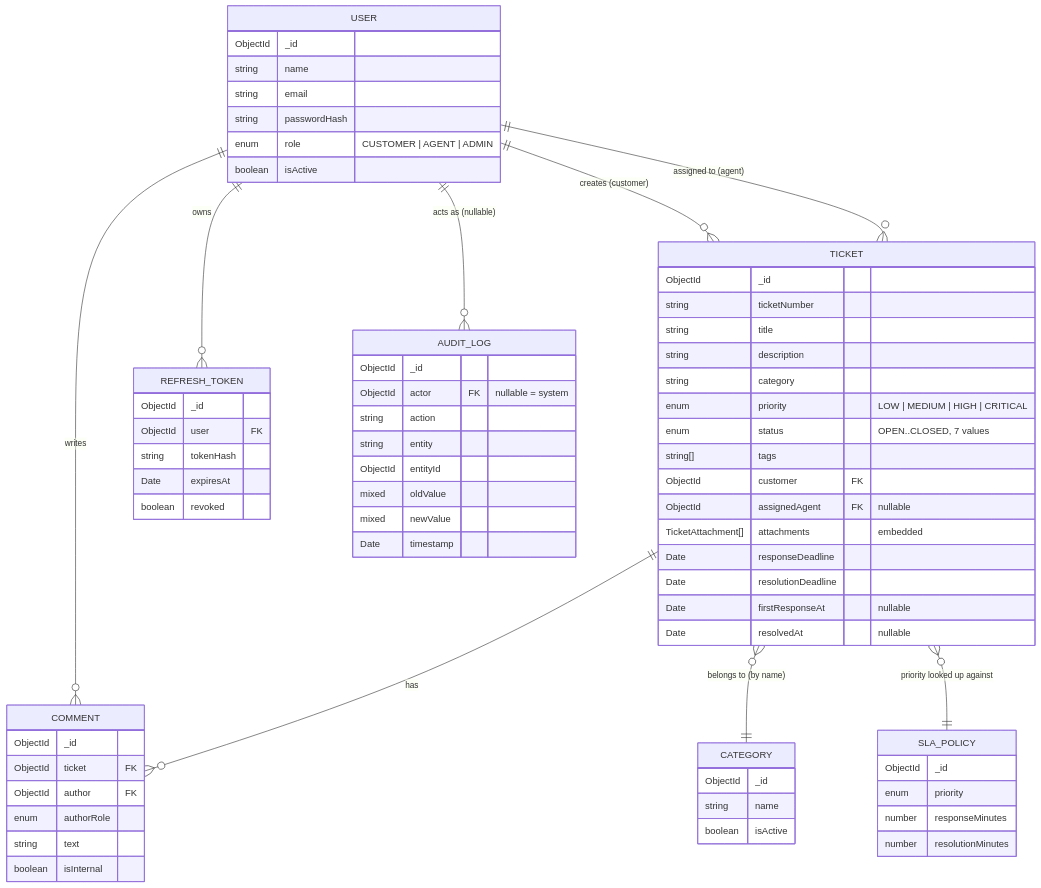
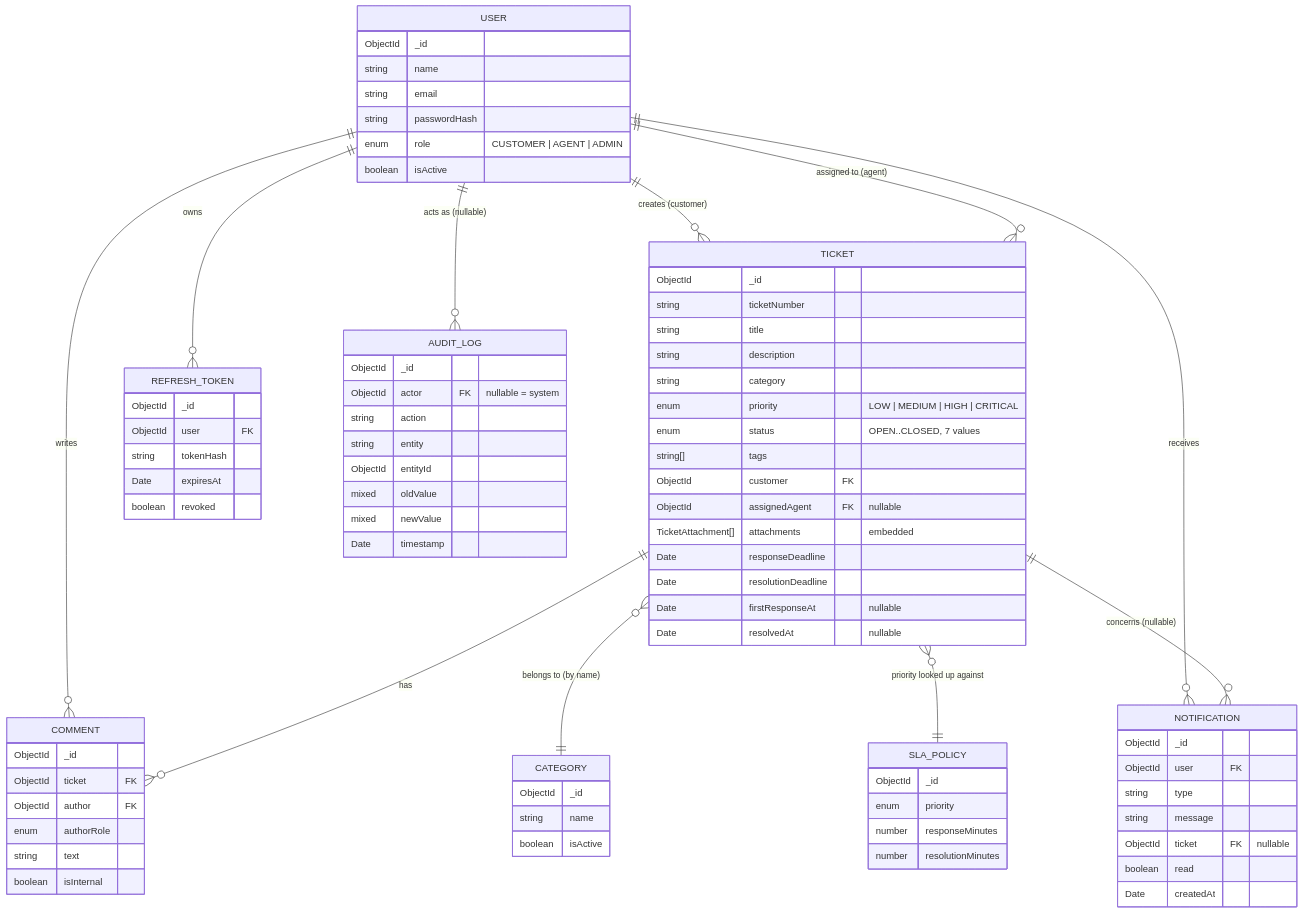
One commit to mahmadr10/servicedesk changed the third of 10 diagrams in ARCHITECTURE.md. Above: the diagram before and after it, drawn with Mermaid. The commit also changed other lines of this file and 28 other files, not shown here.

```diff
--- a/ARCHITECTURE.md
+++ b/ARCHITECTURE.md
@@ -85,6 +85,8 @@
     TICKET }o--|| CATEGORY : "belongs to (by name)"
     TICKET }o--|| SLA_POLICY : "priority looked up against"
     USER ||--o{ AUDIT_LOG : "acts as (nullable)"
+    USER ||--o{ NOTIFICATION : receives
+    TICKET ||--o{ NOTIFICATION : "concerns (nullable)"
 
     USER {
         ObjectId _id
@@ -140,6 +142,15 @@
         mixed newValue
         Date timestamp
     }
+    NOTIFICATION {
+        ObjectId _id
+        ObjectId user FK
+        string type
+        string message
+        ObjectId ticket FK "nullable"
+        boolean read
+        Date createdAt
+    }
     REFRESH_TOKEN {
         ObjectId _id
         ObjectId user FK
```
